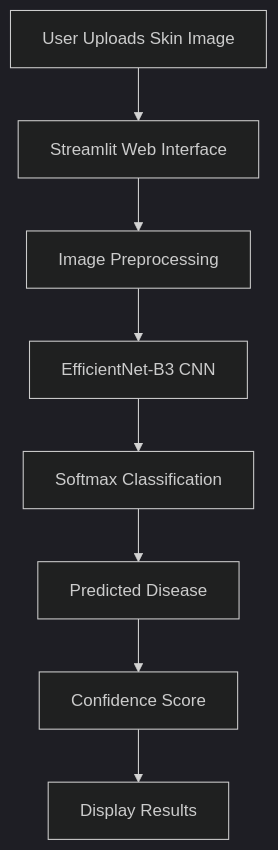
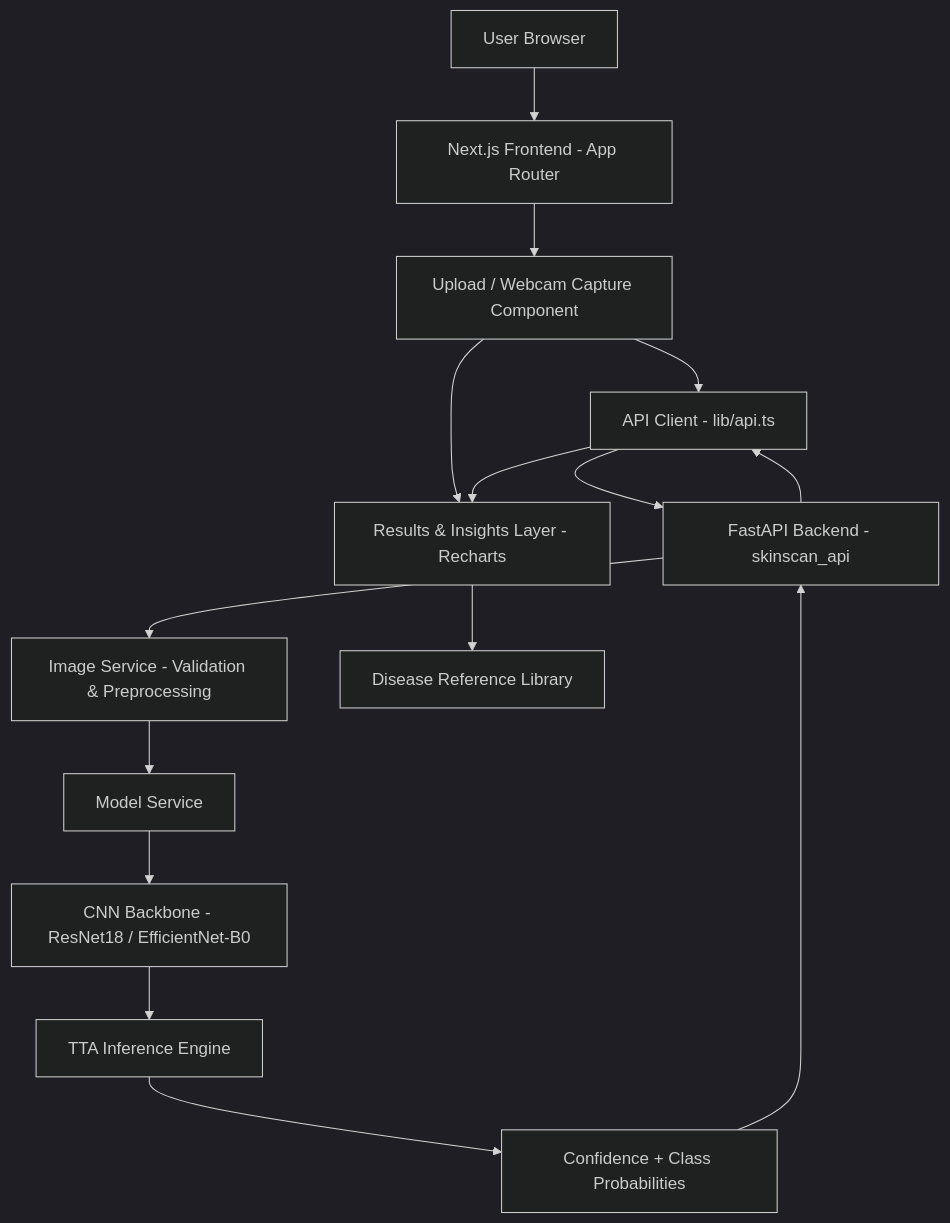
The first of 4 diagrams in README.md (shanky-ux/SkinScan-AI), drawn with Mermaid (dark theme) before and after one commit. The commit also changed other lines of this file, not shown here.

First line of the commit message:
Revise README for SkinScan-AI branding and details

````diff
--- a/README.md
+++ b/README.md
@@ -29,18 +42,20 @@
 ```mermaid
 flowchart TD
 
-A[User Uploads Skin Image]
---> B[Streamlit Web Interface]
+    A[User Browser] --> B[Next.js Frontend - App Router]
+    B --> C[Upload / Webcam Capture Component]
+    C --> D[Results & Insights Layer - Recharts]
+    C --> E[API Client - lib/api.ts]
 
-B --> C[Image Preprocessing]
+    E --> F[FastAPI Backend - skinscan_api]
+    F --> G[Image Service - Validation & Preprocessing]
+    G --> H[Model Service]
+    H --> I[CNN Backbone - ResNet18 / EfficientNet-B0]
+    I --> J[TTA Inference Engine]
+    J --> K[Confidence + Class Probabilities]
 
-C --> D[EfficientNet-B3 CNN]
-
-D --> E[Softmax Classification]
-
-E --> F[Predicted Disease]
-
-F --> G[Confidence Score]
-
-G --> H[Display Results]
+    K --> F
+    F --> E
+    E --> D
+    D --> L[Disease Reference Library]
 ```
````
